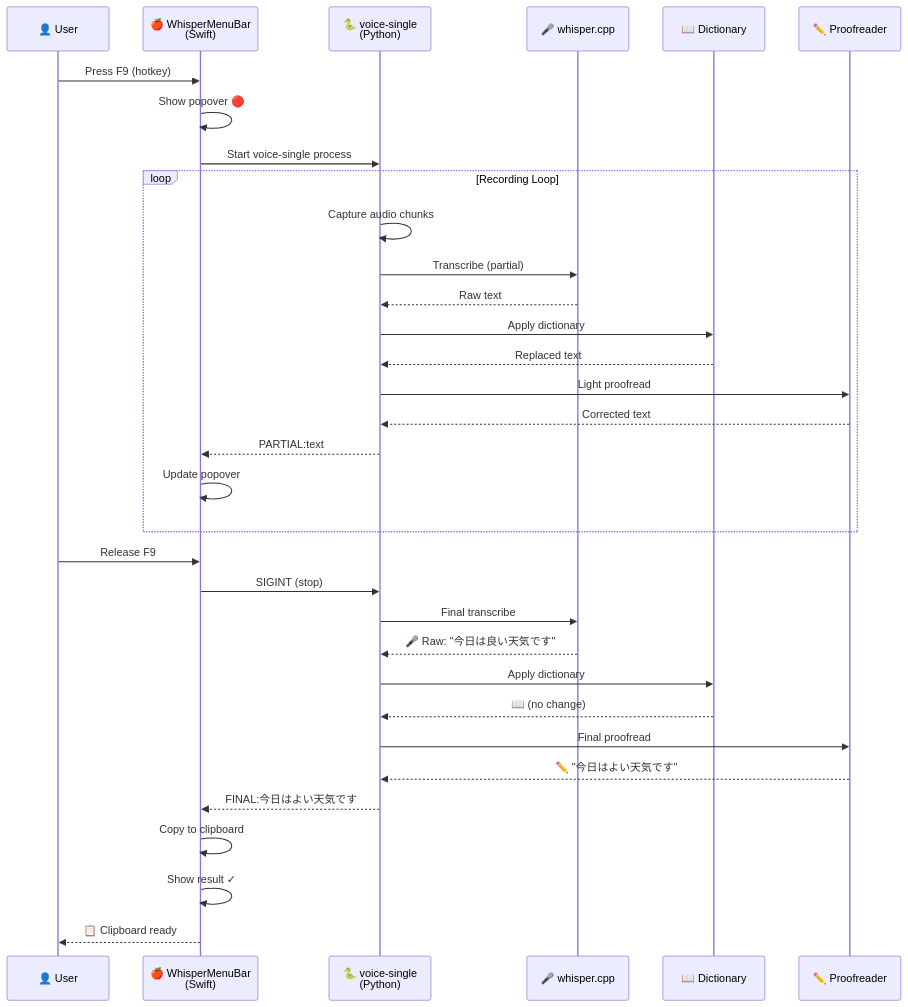
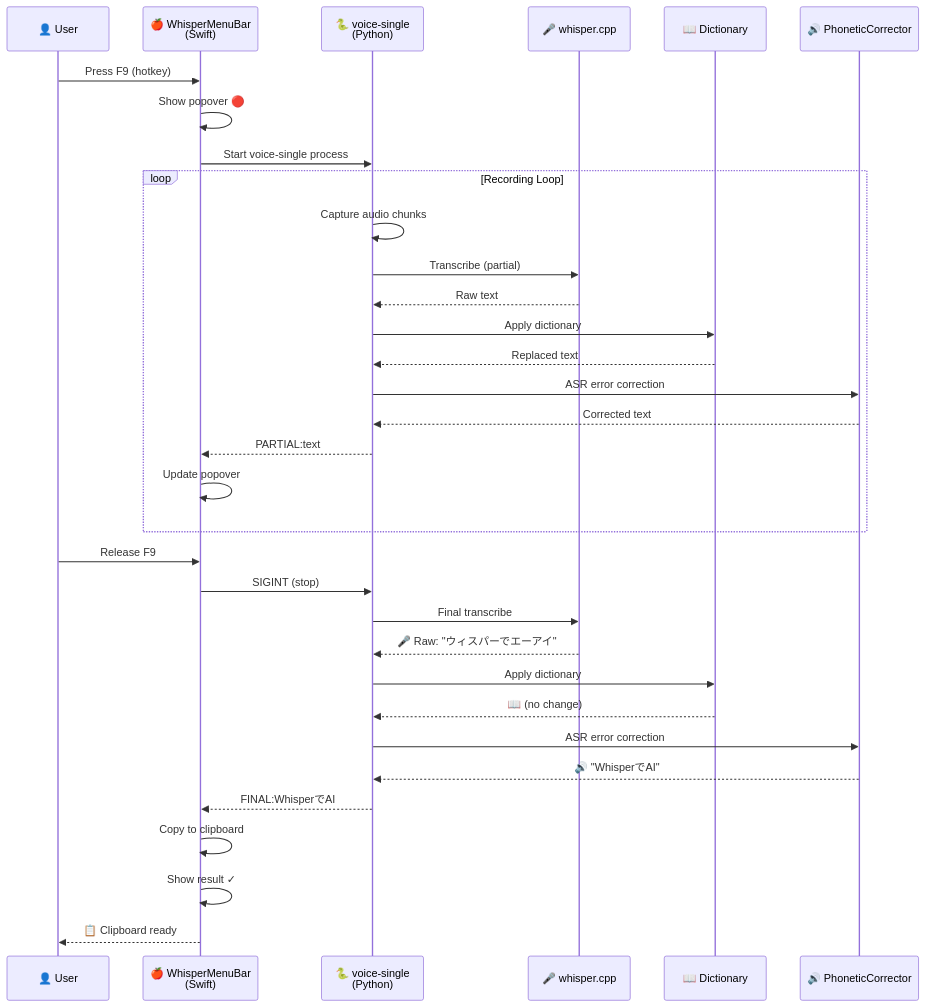
One commit to tubone24/whisper-cpp-test changed the third of 4 diagrams in README.md. Above: the diagram before and after it, drawn with Mermaid. The commit also changed other lines of this file, not shown here.

````diff
--- a/README.md
+++ b/README.md
@@ -252,40 +253,40 @@
 ```mermaid
 sequenceDiagram
     participant User as 👤 User
     participant Swift as 🍎 WhisperMenuBar<br/>(Swift)
     participant Python as 🐍 voice-single<br/>(Python)
     participant Whisper as 🎤 whisper.cpp
     participant Dict as 📖 Dictionary
-    participant Proof as ✏️ Proofreader
+    participant Phonetic as 🔊 PhoneticCorrector
 
     User->>Swift: Press F9 (hotkey)
     Swift->>Swift: Show popover 🔴
     Swift->>Python: Start voice-single process
 
     loop Recording Loop
         Python->>Python: Capture audio chunks
         Python->>Whisper: Transcribe (partial)
         Whisper-->>Python: Raw text
         Python->>Dict: Apply dictionary
         Dict-->>Python: Replaced text
-        Python->>Proof: Light proofread
-        Proof-->>Python: Corrected text
+        Python->>Phonetic: ASR error correction
+        Phonetic-->>Python: Corrected text
         Python-->>Swift: PARTIAL:text
         Swift->>Swift: Update popover
     end
 
     User->>Swift: Release F9
     Swift->>Python: SIGINT (stop)
 
     Python->>Whisper: Final transcribe
-    Whisper-->>Python: 🎤 Raw: "今日は良い天気です"
+    Whisper-->>Python: 🎤 Raw: "ウィスパーでエーアイ"
     Python->>Dict: Apply dictionary
     Dict-->>Python: 📖 (no change)
-    Python->>Proof: Final proofread
-    Proof-->>Python: ✏️ "今日はよい天気です"
-    Python-->>Swift: FINAL:今日はよい天気です
+    Python->>Phonetic: ASR error correction
+    Phonetic-->>Python: 🔊 "WhisperでAI"
+    Python-->>Swift: FINAL:WhisperでAI
 
     Swift->>Swift: Copy to clipboard
     Swift->>Swift: Show result ✓
     Swift-->>User: 📋 Clipboard ready
 ```
````
